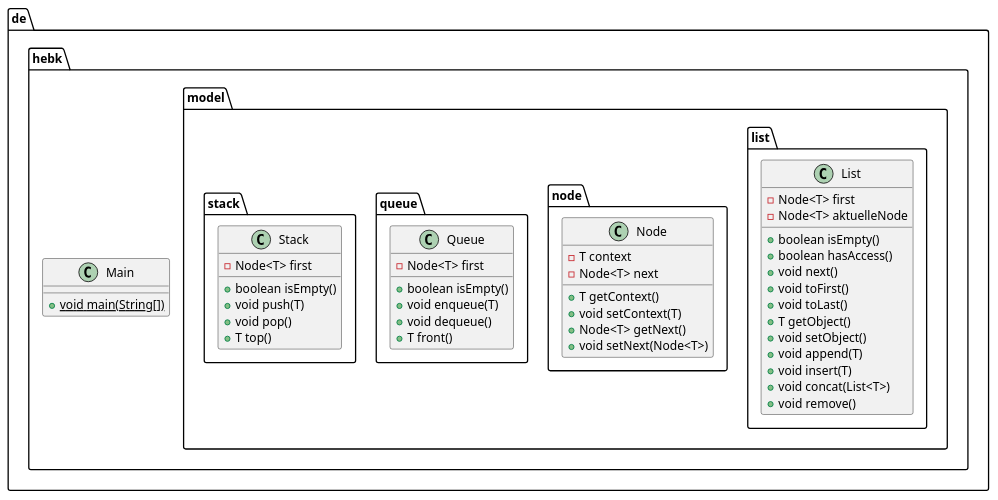
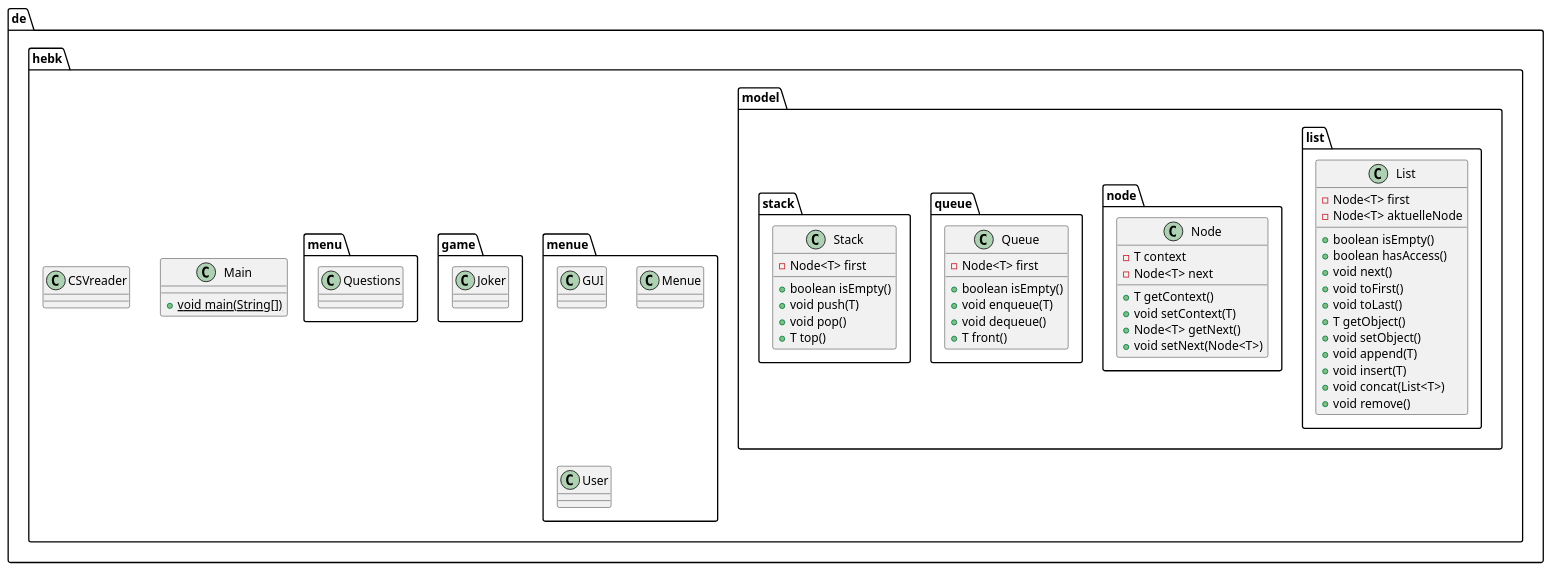
One commit to HEBK-BGM/dynamische-Datenstrukturen-Team-3 changed the diagram in doku/lastenheft/Diagramme/Klassendiagramm.puml. Above: the diagram before and after it, drawn with PlantUML.

Commit message:
[ADD] Klassen in Klassendiagramm.puml erstellt

```diff
--- a/doku/lastenheft/Diagramme/Klassendiagramm.puml
+++ b/doku/lastenheft/Diagramme/Klassendiagramm.puml
@@ -1,70 +1,96 @@
 @startuml
 'https://plantuml.com/class-diagram
 /'
 abstract class AbstractList
 abstract AbstractCollection
 interface List
 interface Collection
 
 List <|-- AbstractList
 Collection <|-- AbstractCollection
 
 Collection <|- List
 AbstractCollection <|- AbstractList
 AbstractList <|-- ArrayList
 
 class ArrayList {
 Object[] elementData
 size()
 }
 
 enum TimeUnit {
 DAYS
 HOURS
 MINUTES
 }
 '/
 
 class de.hebk.model.list.List {
 - Node<T> first
 - Node<T> aktuelleNode
 + boolean isEmpty()
 + boolean hasAccess()
 + void next()
 + void toFirst()
 + void toLast()
 + T getObject()
 + void setObject()
 + void append(T)
 + void insert(T)
 + void concat(List<T>)
 + void remove()
 }
 
 class de.hebk.model.node.Node {
 - T context
 - Node<T> next
 + T getContext()
 + void setContext(T)
 + Node<T> getNext()
 + void setNext(Node<T>)
 }
 
 class de.hebk.model.queue.Queue {
 - Node<T> first
 + boolean isEmpty()
 + void enqueue(T)
 + void dequeue()
 + T front()
 }
 class de.hebk.model.stack.Stack {
 - Node<T> first
 + boolean isEmpty()
 + void push(T)
 + void pop()
 + T top()
 }
 class de.hebk.Main {
 + {static} void main(String[])
 }
+
+class de.hebk.menue.GUI {
+
+}
+
+class de.hebk.menue.Menue {
+
+}
+
+class de.hebk.game.Joker{
+
+}
+
+class de.hebk.menue.User{
+
+}
+'speichern von bestenliste
+
+class de.hebk.menu.Questions{
+
+}
+
+class de.hebk.CSVreader{
+
+}
+
 @enduml
```
